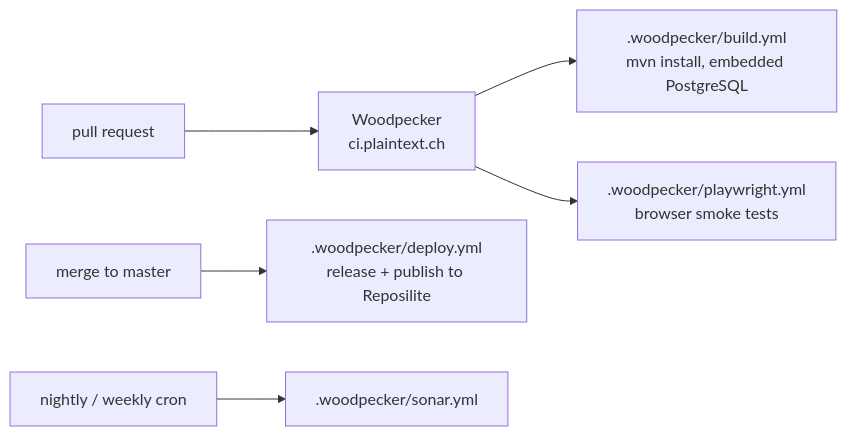
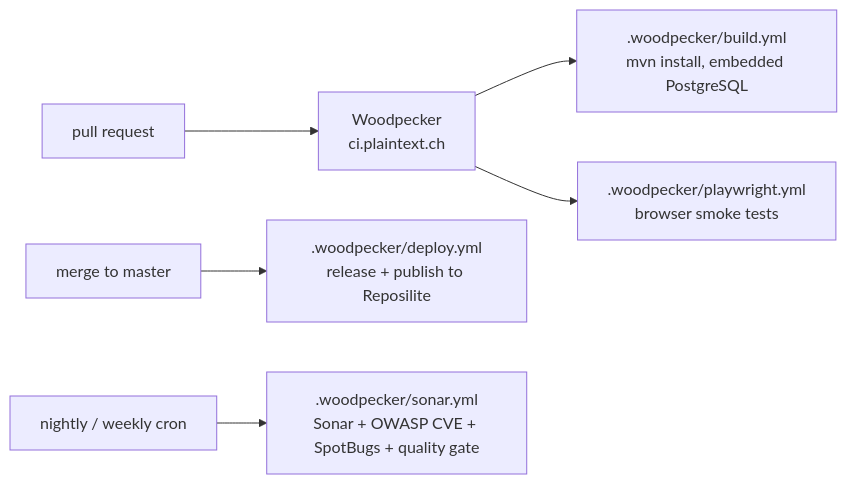
One commit to Plaintext-Gmbh/plaintext-root changed the sixth of 6 diagrams in docs/ARCHITECTURE.md. Above: the diagram before and after it, drawn with Mermaid. The commit also changed 4 other files, not shown here.

````diff
--- a/docs/ARCHITECTURE.md
+++ b/docs/ARCHITECTURE.md
@@ -200,8 +200,8 @@
 ```mermaid
 graph LR
     PR[pull request] --> WP[Woodpecker<br/>ci.plaintext.ch]
     WP --> BUILD[".woodpecker/build.yml<br/>mvn install, embedded PostgreSQL"]
     WP --> PW[".woodpecker/playwright.yml<br/>browser smoke tests"]
     MASTER[merge to master] --> DEPLOY[".woodpecker/deploy.yml<br/>release + publish to Reposilite"]
-    CRON[nightly / weekly cron] --> SONAR[".woodpecker/sonar.yml"]
+    CRON[nightly / weekly cron] --> SONAR[".woodpecker/sonar.yml<br/>Sonar + OWASP CVE + SpotBugs + quality gate"]
 ```
````
